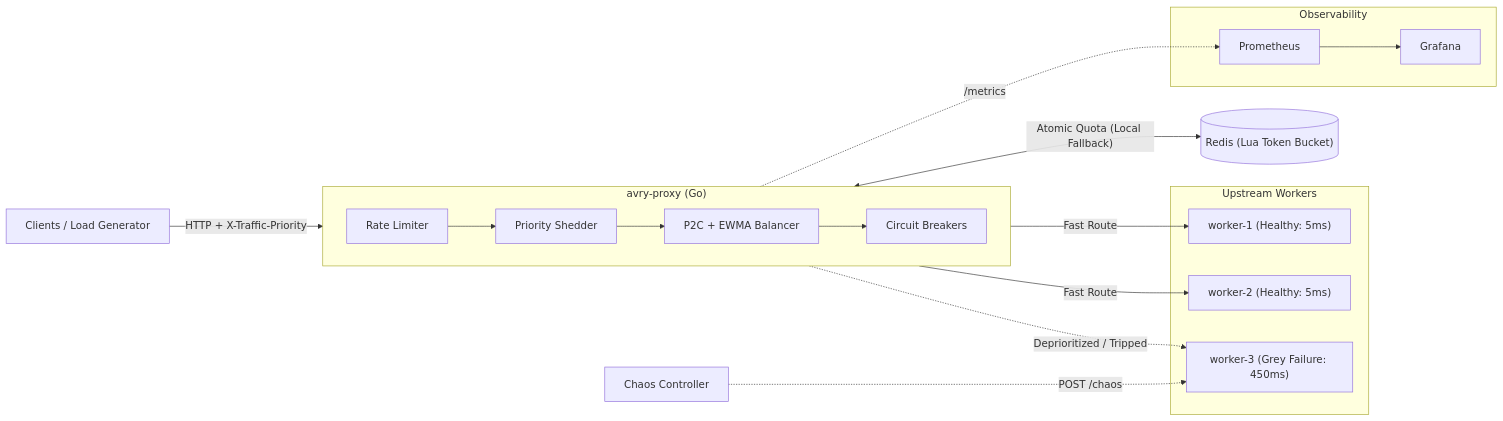
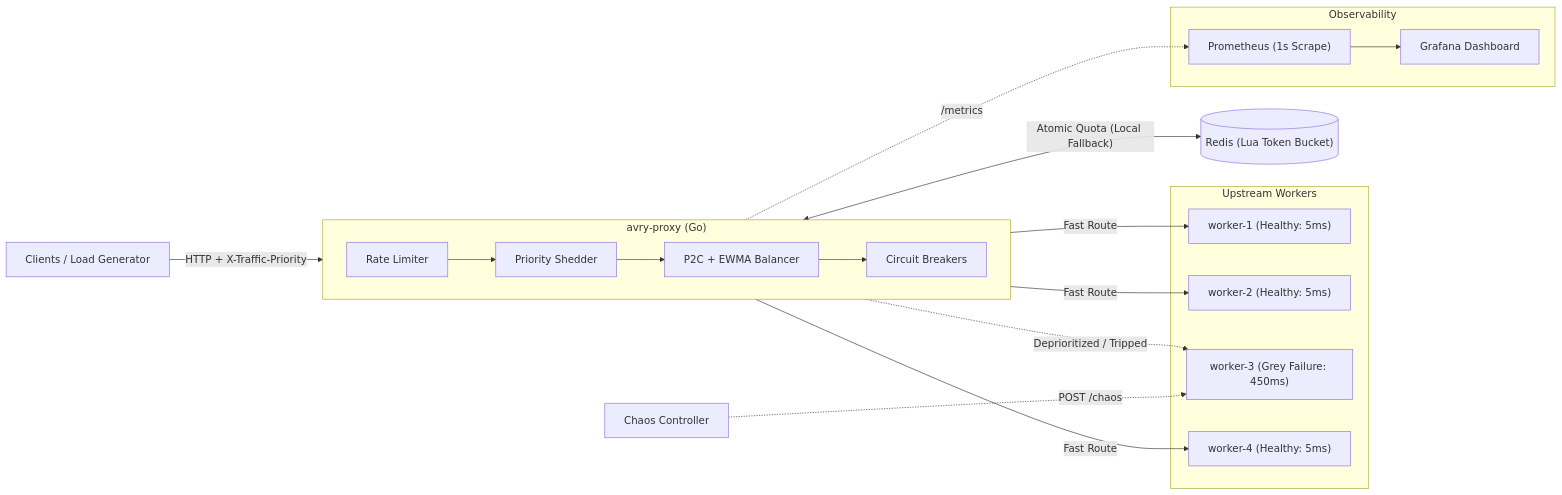
Before and after one commit to drito256/avry-proxy: the first of 2 diagrams in README.md, drawn with Mermaid. The commit also changed other lines of this file, not shown here.

````diff
--- a/README.md
+++ b/README.md
@@ -18,30 +30,32 @@
 ```mermaid
 flowchart LR
     Client["Clients / Load Generator"]
     Chaos["Chaos Controller"]
 
     subgraph Proxy["avry-proxy (Go)"]
         direction LR
         RL["Rate Limiter"] --> LS["Priority Shedder"] --> LB["P2C + EWMA Balancer"] --> CB["Circuit Breakers"]
     end
 
     Redis[("Redis (Lua Token Bucket)")]
 
     subgraph Upstreams["Upstream Workers"]
         W1["worker-1 (Healthy: 5ms)"]
         W2["worker-2 (Healthy: 5ms)"]
         W3["worker-3 (Grey Failure: 450ms)"]
+        W4["worker-4 (Healthy: 5ms)"]
     end
 
     subgraph Telemetry["Observability"]
-        Prom["Prometheus"] --> Graf["Grafana"]
+        Prom["Prometheus (1s Scrape)"] --> Graf["Grafana Dashboard"]
     end
 
     Client -->|"HTTP + X-Traffic-Priority"| RL
     RL <-->|"Atomic Quota (Local Fallback)"| Redis
     CB -->|"Fast Route"| W1
     CB -->|"Fast Route"| W2
     CB -.->|"Deprioritized / Tripped"| W3
+    CB -->|"Fast Route"| W4
     Chaos -.->|"POST /chaos"| W3
     Proxy -.->|"/metrics"| Prom
 ```
````
